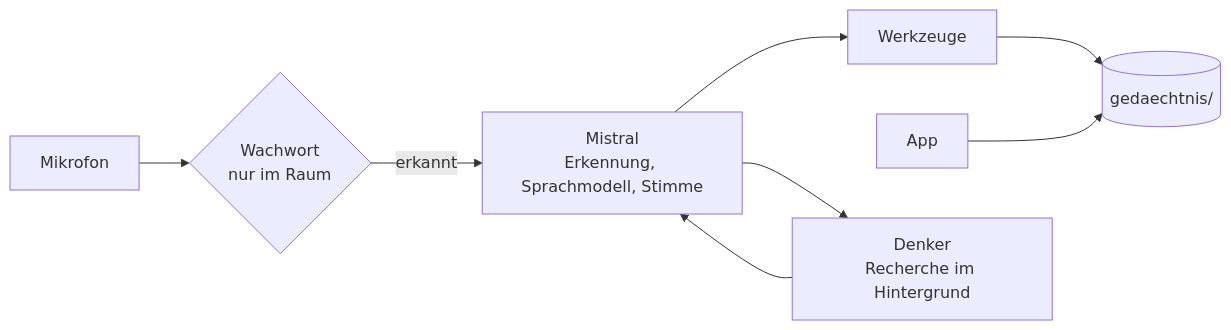
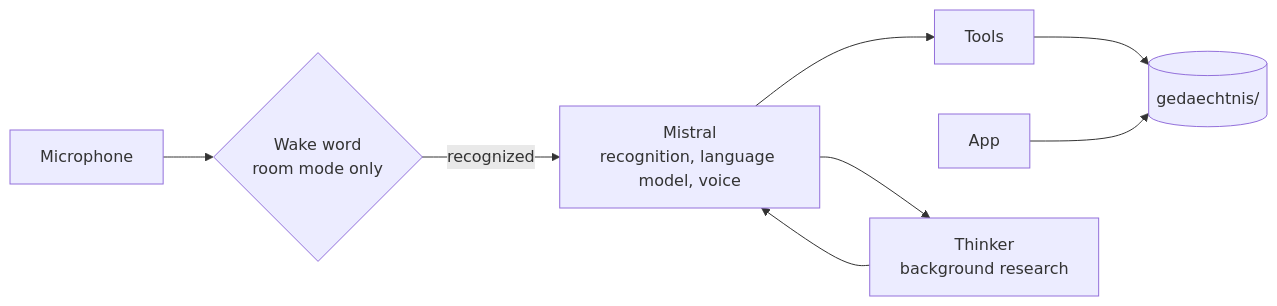
Before and after one commit to OpenAlfred/OpenAlfredBrain: the diagram in README.md, drawn with Mermaid. The commit also changed other lines of this file and 13 other files, not shown here.

````diff
--- a/README.md
+++ b/README.md
@@ -96,10 +96,10 @@
 ```mermaid
 flowchart LR
-    A[Mikrofon] --> B{Wachwort<br/>nur im Raum}
-    B -->|erkannt| C[Mistral<br/>Erkennung, Sprachmodell, Stimme]
-    C --> D[Werkzeuge]
+    A[Microphone] --> B{Wake word<br/>room mode only}
+    B -->|recognized| C[Mistral<br/>recognition, language model, voice]
+    C --> D[Tools]
     D --> E[(gedaechtnis/)]
     F[App] --> E
-    C --> G[Denker<br/>Recherche im Hintergrund]
+    C --> G[Thinker<br/>background research]
     G --> C
 ```
````
